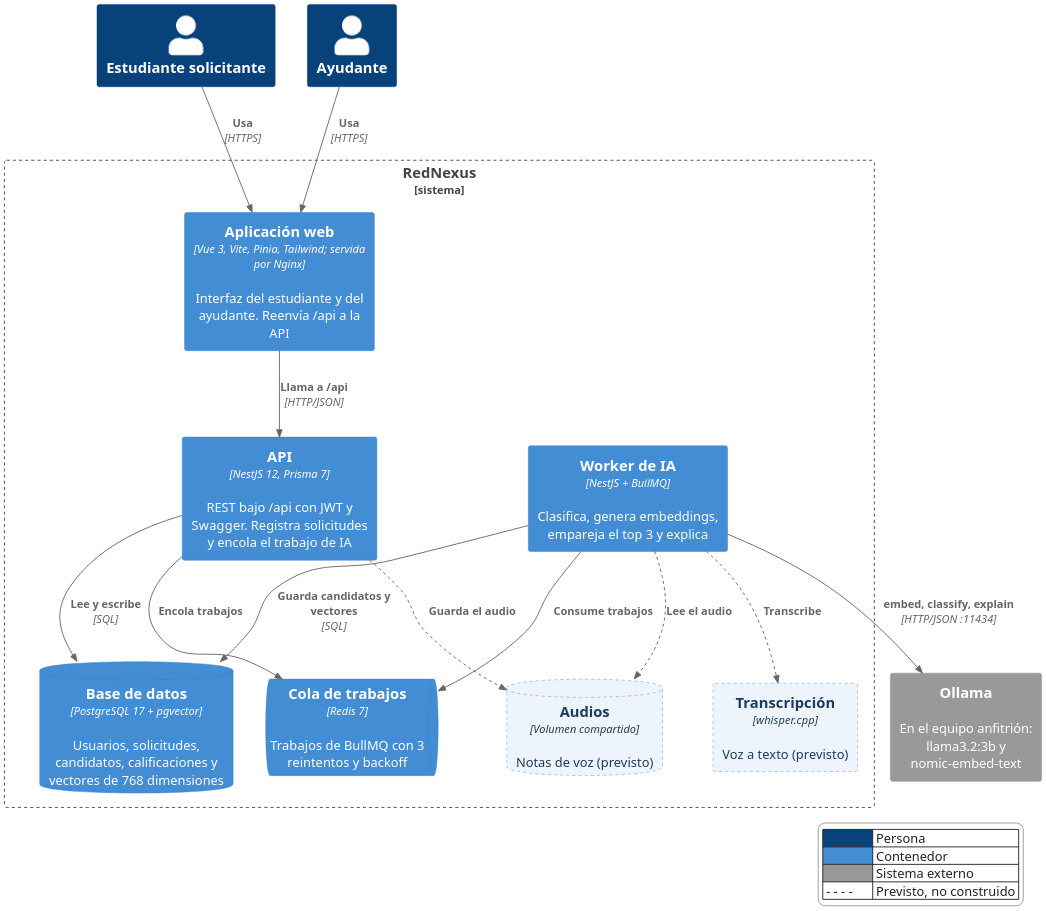
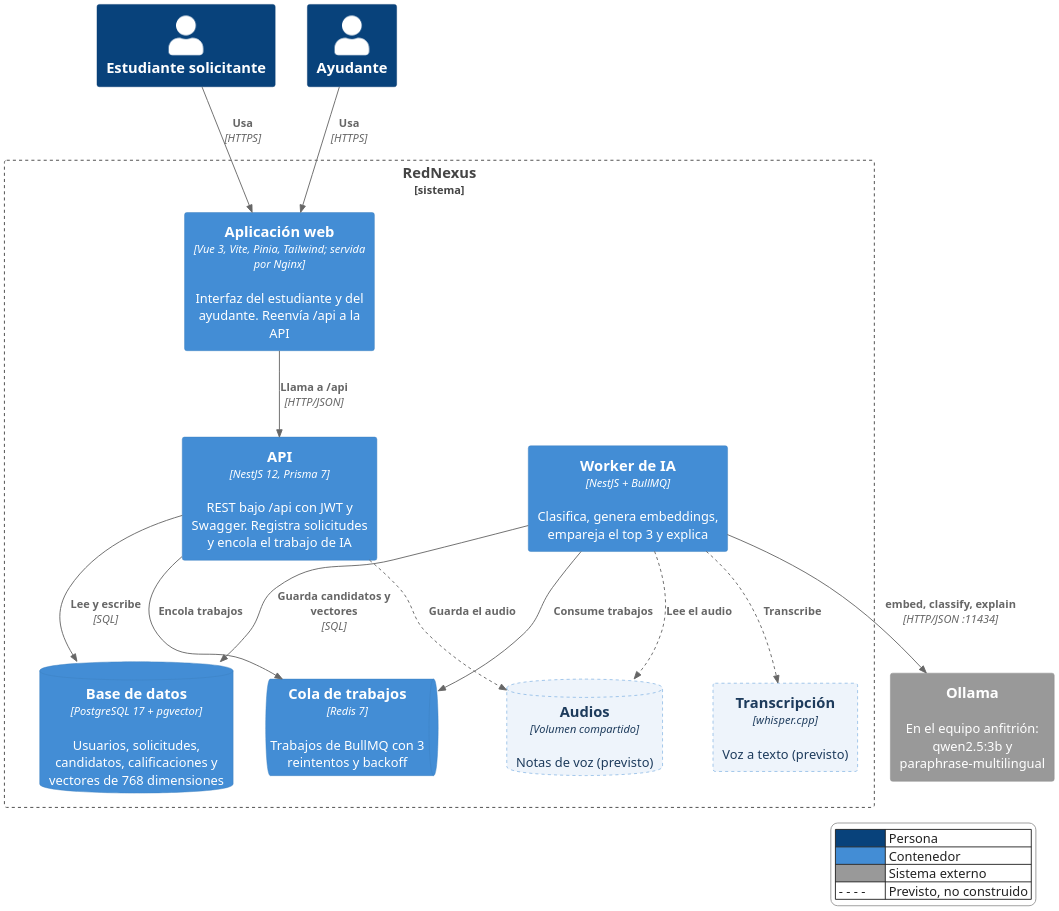
One commit to juanjosegl/RedNexus-Platform changed the diagram in docs/arquitectura/diagramas/02-c4-contenedores.puml. Above: the diagram before and after it, drawn with PlantUML. The commit also changed 19 other files, not shown here.

```diff
--- a/docs/arquitectura/diagramas/02-c4-contenedores.puml
+++ b/docs/arquitectura/diagramas/02-c4-contenedores.puml
@@ -1,50 +1,50 @@
 @startuml 02-c4-contenedores
 ' C4 nivel 2: contenedores. La API y el worker usan la misma imagen (rednexus-api).
 !include <C4/C4_Container>
 skinparam dpi 200
 skinparam defaultFontName "Helvetica"
 HIDE_STEREOTYPE()
 skinparam LegendFontColor #222222
 skinparam LegendBackgroundColor #ffffff
 skinparam LegendBorderColor #999999
 AddElementTag("previsto", $bgColor="#eef4fb", $fontColor="#1d3b5c", $borderColor="#438dd5", $borderStyle=DashedLine())
 AddRelTag("previsto", $lineStyle=DashedLine())
 
 Person(sol, "Estudiante solicitante")
 Person(ayu, "Ayudante")
 
 Boundary(rn, "RedNexus", "sistema") {
   Container(web, "Aplicación web", "Vue 3, Vite, Pinia, Tailwind; servida por Nginx", "Interfaz del estudiante y del ayudante. Reenvía /api a la API")
   Container(api, "API", "NestJS 12, Prisma 7", "REST bajo /api con JWT y Swagger. Registra solicitudes y encola el trabajo de IA")
   Container(worker, "Worker de IA", "NestJS + BullMQ", "Clasifica, genera embeddings, empareja el top 3 y explica")
   ContainerDb(db, "Base de datos", "PostgreSQL 17 + pgvector", "Usuarios, solicitudes, candidatos, calificaciones y vectores de 768 dimensiones")
   ContainerQueue(redis, "Cola de trabajos", "Redis 7", "Trabajos de BullMQ con 3 reintentos y backoff")
   ContainerDb(audio, "Audios", "Volumen compartido", "Notas de voz (previsto)", $tags="previsto")
   Container(whisper, "Transcripción", "whisper.cpp", "Voz a texto (previsto)", $tags="previsto")
 }
 
-System_Ext(ollama, "Ollama", "En el equipo anfitrión: llama3.2:3b y nomic-embed-text")
+System_Ext(ollama, "Ollama", "En el equipo anfitrión: qwen2.5:3b y paraphrase-multilingual")
 
 Rel(sol, web, "Usa", "HTTPS")
 Rel(ayu, web, "Usa", "HTTPS")
 Rel(web, api, "Llama a /api", "HTTP/JSON")
 Rel(api, db, "Lee y escribe", "SQL")
 Rel(api, redis, "Encola trabajos")
 Rel(worker, redis, "Consume trabajos")
 Rel(worker, db, "Guarda candidatos y vectores", "SQL")
 Rel(worker, ollama, "embed, classify, explain", "HTTP/JSON :11434")
 Rel(api, audio, "Guarda el audio", $tags="previsto")
 Rel(worker, audio, "Lee el audio", $tags="previsto")
 Rel(worker, whisper, "Transcribe", $tags="previsto")
 
 Lay_R(sol, ayu)
 Lay_R(api, worker)
 Lay_R(db, redis)
 
 legend right
   |<#08427b>     | Persona |
   |<#438dd5>     | Contenedor |
   |<#999999>     | Sistema externo |
   | - - - -      | Previsto, no construido |
 endlegend
 @enduml
```
